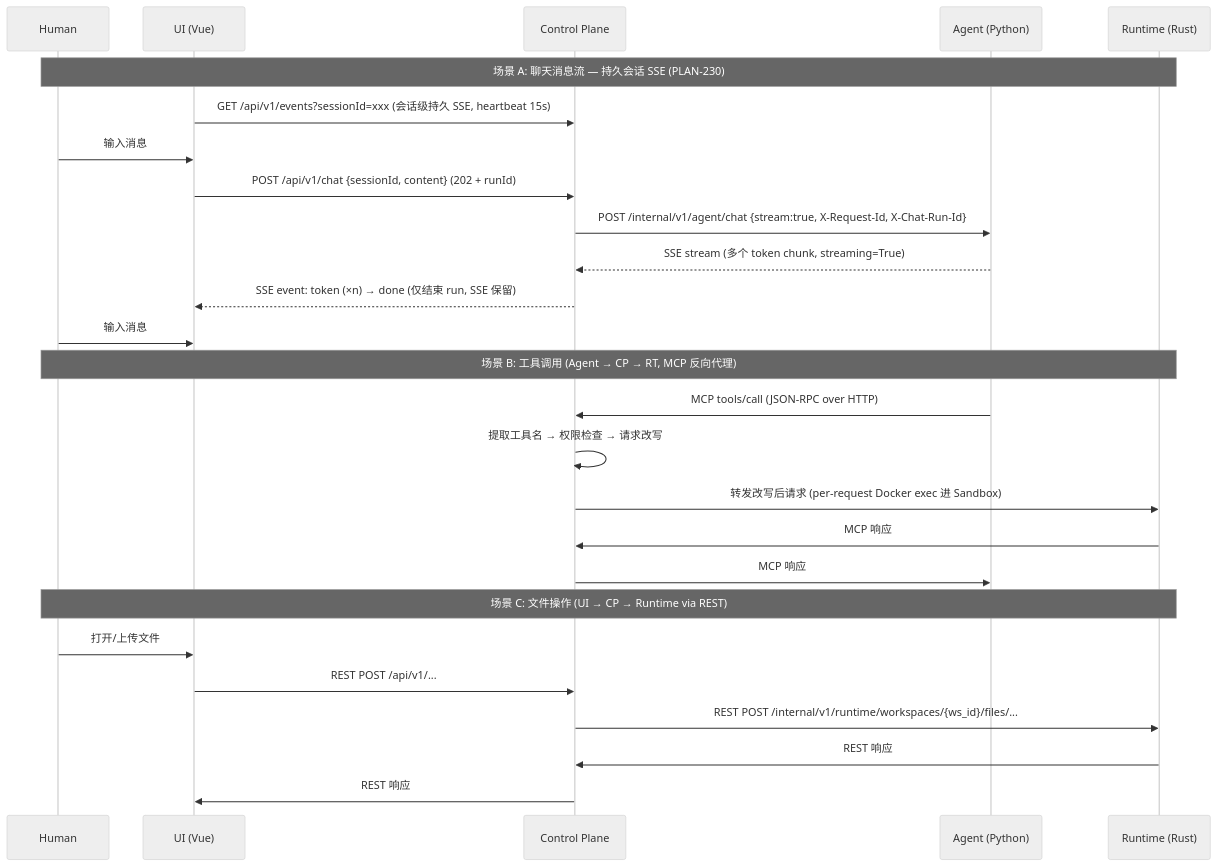
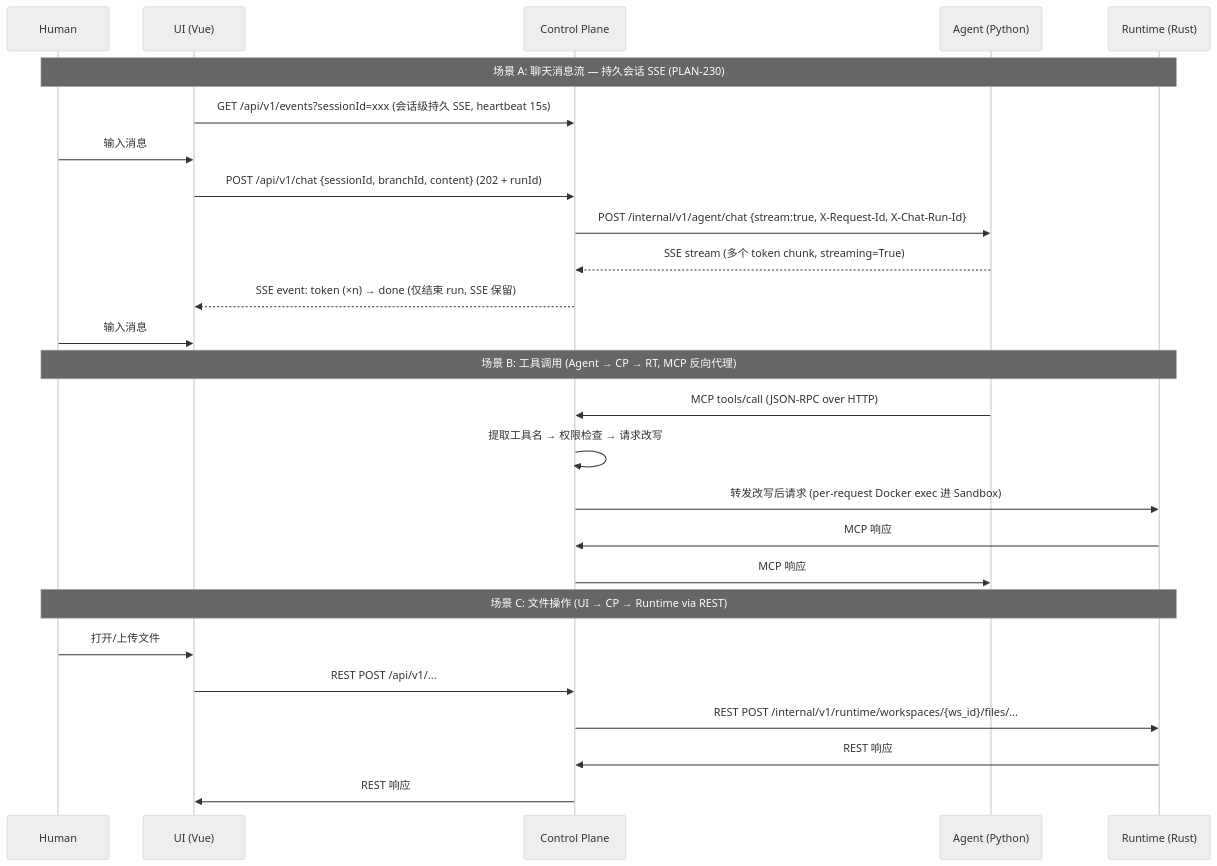
One commit to cc01cc/xihe-project changed the second of 2 diagrams in docs/i18n/zh-Hans/DEV-001-system-architecture.md. Above: the diagram before and after it, drawn with Mermaid. The commit also changed other lines of this file and 17 other files, not shown here.

````diff
--- a/docs/i18n/zh-Hans/DEV-001-system-architecture.md
+++ b/docs/i18n/zh-Hans/DEV-001-system-architecture.md
@@ -153,32 +153,32 @@
 ```mermaid
 %%{init: {'theme': 'neutral'}}%%
 sequenceDiagram
   participant Human
   participant UI as UI (Vue)
   participant CP as Control Plane
   participant Agent as Agent (Python)
   participant RT as Runtime (Rust)
 
   Note over Human,RT: 场景 A: 聊天消息流 — 持久会话 SSE (PLAN-230)
   UI->>CP: GET /api/v1/events?sessionId=xxx (会话级持久 SSE, heartbeat 15s)
   Human->>UI: 输入消息 #1
-  UI->>CP: POST /api/v1/chat {sessionId, content} (202 + runId)
+  UI->>CP: POST /api/v1/chat {sessionId, branchId, content} (202 + runId)
   CP->>Agent: POST /internal/v1/agent/chat {stream:true, X-Request-Id, X-Chat-Run-Id}
   Agent-->>CP: SSE stream (多个 token chunk, streaming=True)
   CP-->>UI: SSE event: token (×n) → done (仅结束 run, SSE 保留)
   Human->>UI: 输入消息 #2 (同一连接复用, 无需重建 SSE)
 
   Note over Human,RT: 场景 B: 工具调用 (Agent → CP → RT, MCP 反向代理)
   Agent->>CP: MCP tools/call (JSON-RPC over HTTP)
   CP->>CP: 提取工具名 → 权限检查 → 请求改写
   CP->>RT: 转发改写后请求 (per-request Docker exec 进 Sandbox)
   RT->>CP: MCP 响应
   CP->>Agent: MCP 响应
 
   Note over Human,RT: 场景 C: 文件操作 (UI → CP → Runtime via REST)
   Human->>UI: 打开/上传文件
   UI->>CP: REST POST /api/v1/...
   CP->>RT: REST POST /internal/v1/runtime/workspaces/{ws_id}/files/...
   RT->>CP: REST 响应
   CP->>UI: REST 响应
 ```
````
